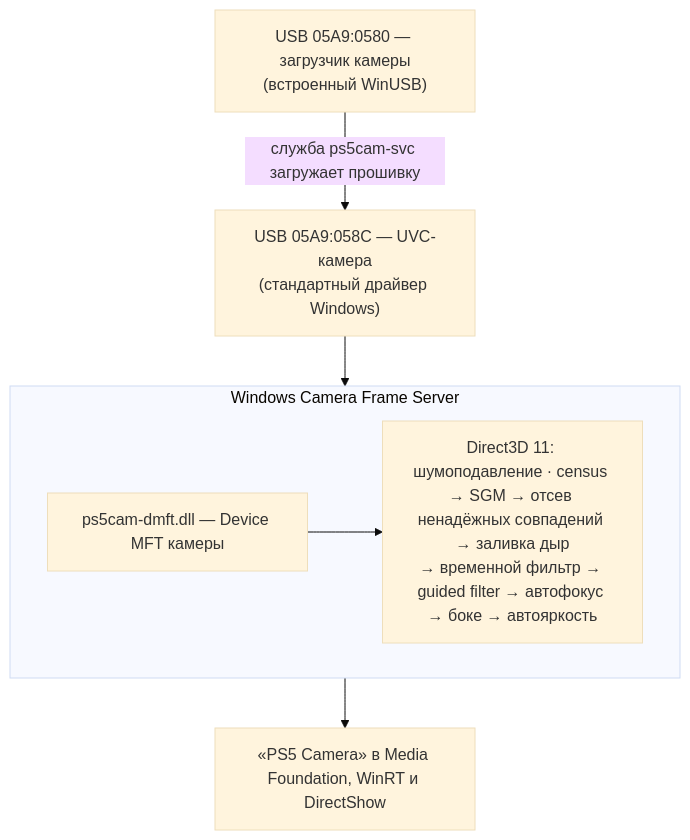
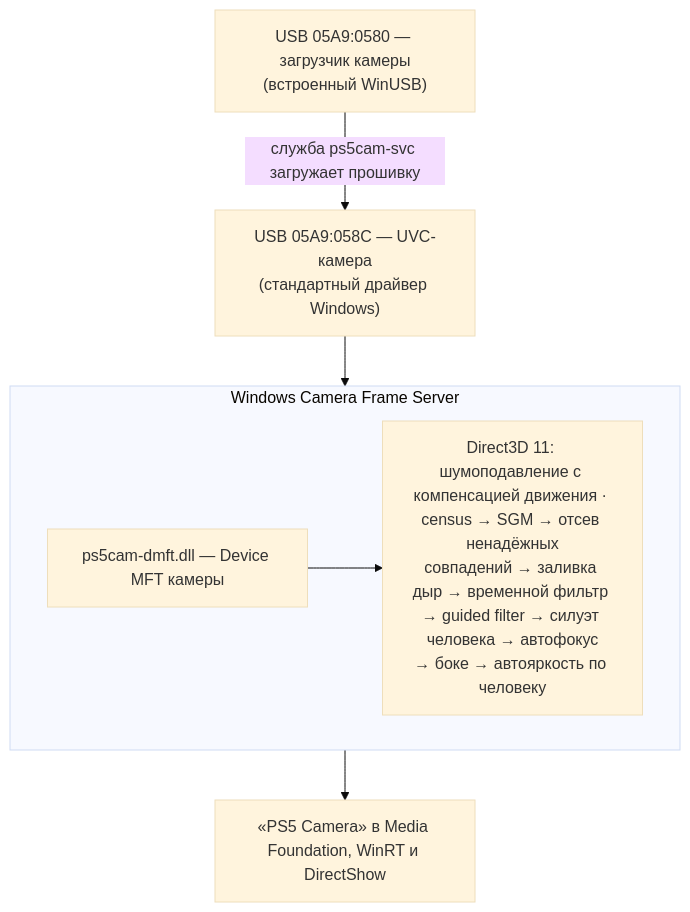
One commit to KROU4/PS5CameraDriver changed the diagram in README.ru.md. Above: the diagram before and after it, drawn with Mermaid (base theme). The commit also changed other lines of this file and 22 other files, not shown here.

````diff
--- a/README.ru.md
+++ b/README.ru.md
@@ -81,11 +108,11 @@
 ```mermaid
 flowchart TB
     boot["USB 05A9:0580 — загрузчик камеры<br/>(встроенный WinUSB)"] -->|"служба ps5cam-svc загружает прошивку"| uvc
     uvc["USB 05A9:058C — UVC-камера<br/>(стандартный драйвер Windows)"] --> fs
     subgraph fs["Windows Camera Frame Server"]
         dmft["ps5cam-dmft.dll — Device MFT камеры"]
-        gpu["Direct3D 11: шумоподавление · census → SGM → отсев ненадёжных совпадений → заливка дыр<br/>→ временной фильтр → guided filter → автофокус → боке → автояркость"]
+        gpu["Direct3D 11: шумоподавление с компенсацией движения · census → SGM → отсев ненадёжных<br/>совпадений → заливка дыр → временной фильтр → guided filter → силуэт человека → автофокус<br/>→ боке → автояркость по человеку"]
         dmft --> gpu
     end
     fs --> apps["«PS5 Camera» в Media Foundation, WinRT и DirectShow"]
 ```
````
